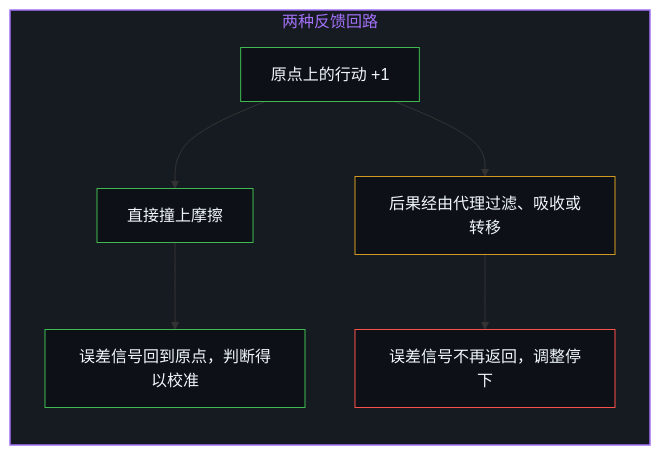
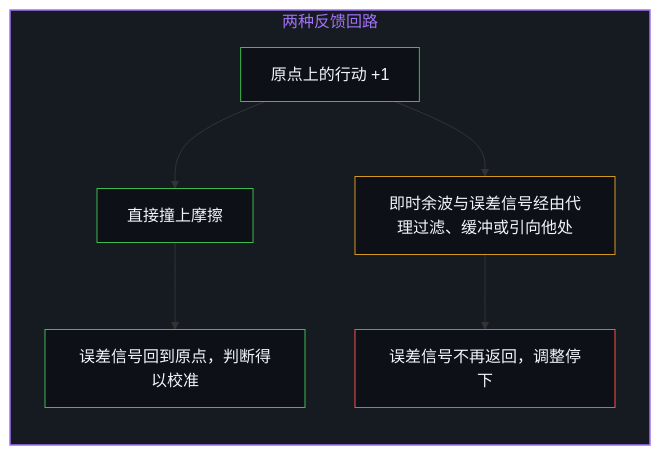
One commit to powerpig99/not-a-toe changed the ninth of 12 diagrams in content/posts/the-mirror-handshake-of-power.md. Above: the diagram before and after it, drawn with Mermaid. The commit also changed other lines of this file and 6 other files, not shown here.

````diff
--- a/content/posts/the-mirror-handshake-of-power.md
+++ b/content/posts/the-mirror-handshake-of-power.md
@@ -247,21 +247,21 @@
 ```mermaid
 flowchart TD
     subgraph S_Loops["两种反馈回路"]
         direction TB
         Act["原点上的行动 +1"]
         Friction["直接撞上摩擦"]
         Return["误差信号回到原点，判断得以校准"]
-        Proxy["后果经由代理过滤、吸收或转移"]
+        Proxy["即时余波与误差信号经由代理过滤、缓冲或引向他处"]
         Frozen["误差信号不再返回，调整停下"]
         Act --> Friction
         Friction --> Return
         Act --> Proxy
         Proxy --> Frozen
     end
     style S_Loops fill:#161b22,stroke:#a371f7,stroke-width:1.5px,color:#a371f7
     style Act fill:#0d1117,stroke:#3fb950,stroke-width:1px,color:#f0f6fc
     style Friction fill:#0d1117,stroke:#3fb950,stroke-width:1px,color:#f0f6fc
     style Return fill:#0d1117,stroke:#3fb950,stroke-width:1px,color:#f0f6fc
     style Proxy fill:#0d1117,stroke:#d29922,stroke-width:1px,color:#f0f6fc
     style Frozen fill:#0d1117,stroke:#f85149,stroke-width:1px,color:#f0f6fc
 ```
````
